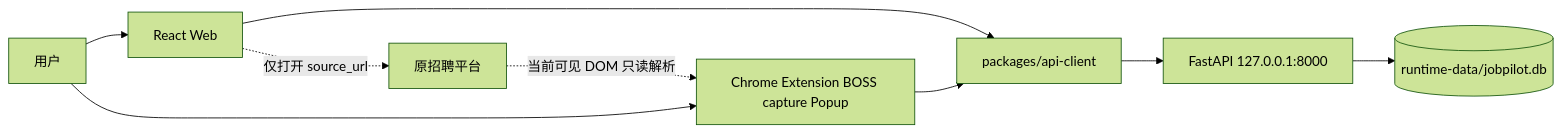
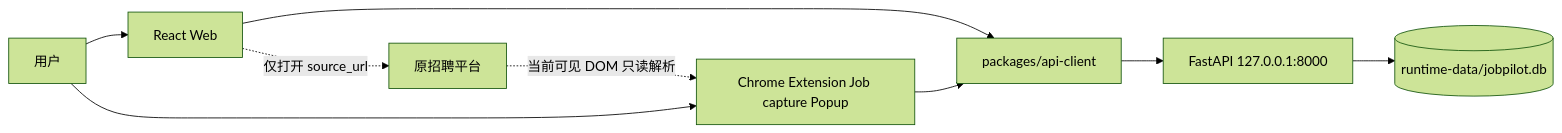
One commit to xiaoxin12138888-svg/JobPilot changed the diagram in docs/ARCHITECTURE.md. Above: the diagram before and after it, drawn with Mermaid (forest theme). The commit also changed other lines of this file and 11 other files, not shown here.

````diff
--- a/docs/ARCHITECTURE.md
+++ b/docs/ARCHITECTURE.md
@@ -8,19 +8,19 @@
 ```mermaid
 flowchart LR
     U[用户]
     W[React Web]
-    E[Chrome Extension BOSS capture Popup]
+    E[Chrome Extension Job capture Popup]
     C[packages/api-client]
     A[FastAPI 127.0.0.1:8000]
     S[(runtime-data/jobpilot.db)]
     R[原招聘平台]
 
     U --> W
     U --> E
     W --> C
     E --> C
     C --> A
     A --> S
     R -. 当前可见 DOM 只读解析 .-> E
     W -. 仅打开 source_url .-> R
 ```
````
